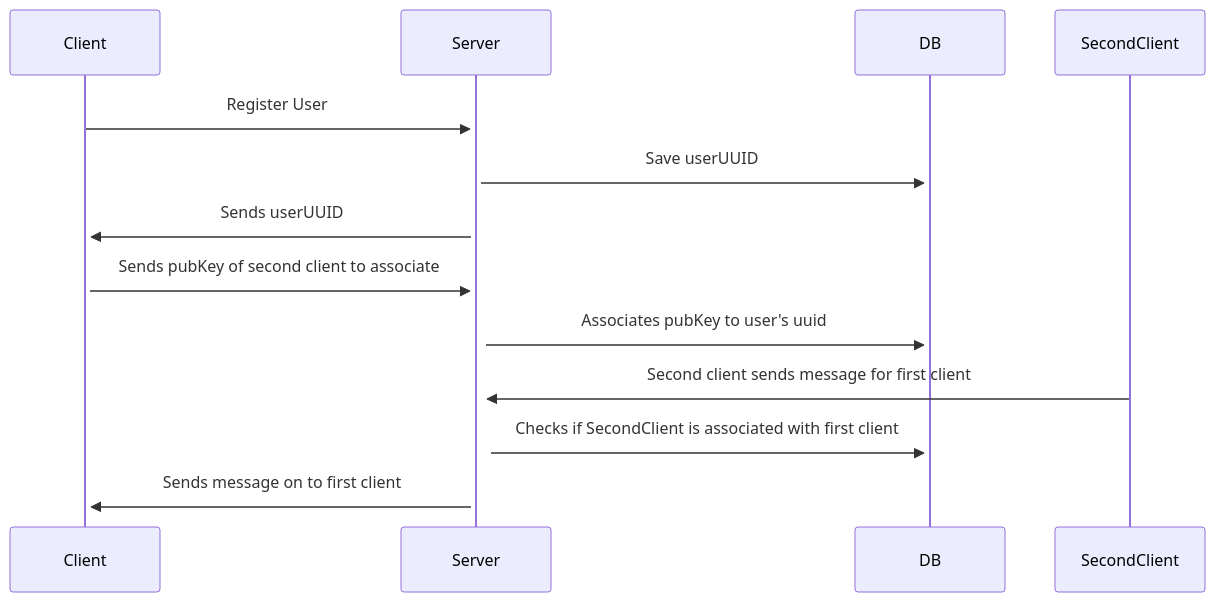
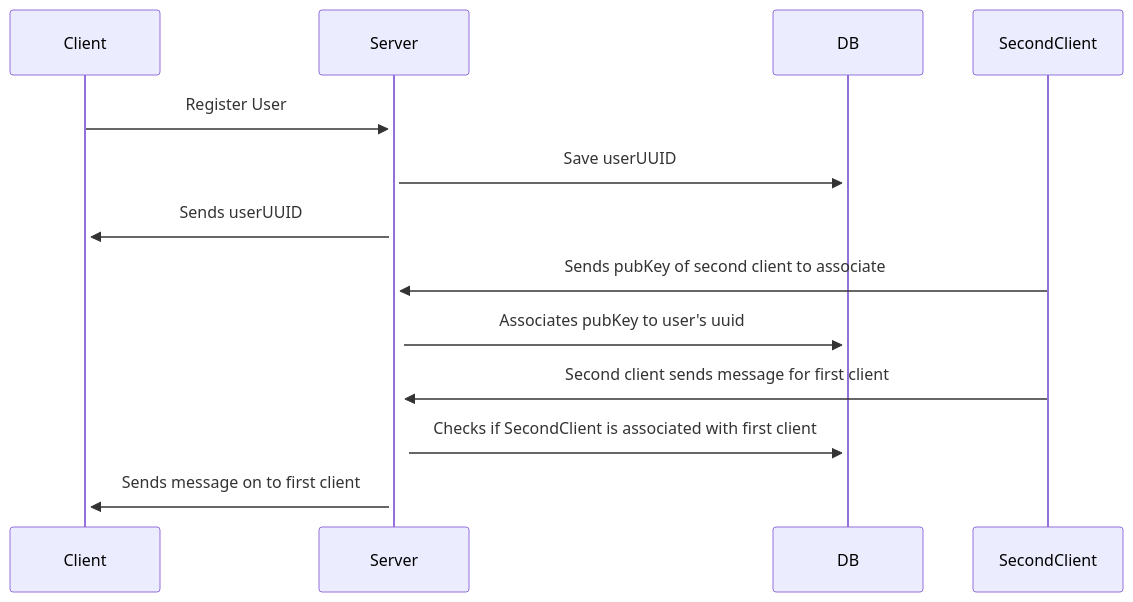
One commit to planet-nine-app/Julia changed the first of 2 diagrams in README.md. Above: the diagram before and after it, drawn with Mermaid. The commit also changed 1 other file, not shown here.

Commit message:
updated mermaid

````diff
--- a/README.md
+++ b/README.md
@@ -12,11 +12,11 @@
 ```mermaid
 sequenceDiagram
     Client->>+Server: Register User
     Server->>+DB: Save userUUID
     Server->>+Client: Sends userUUID
-    Client->>+Server: Sends pubKey of second client to associate
+    SecondClient->>+Server: Sends pubKey of second client to associate
     Server->>+DB: Associates pubKey to user's uuid
     SecondClient->>+Server: Second client sends message for first client
     Server->>+DB: Checks if SecondClient is associated with first client
     Server->>+Client: Sends message on to first client
 ```
````
